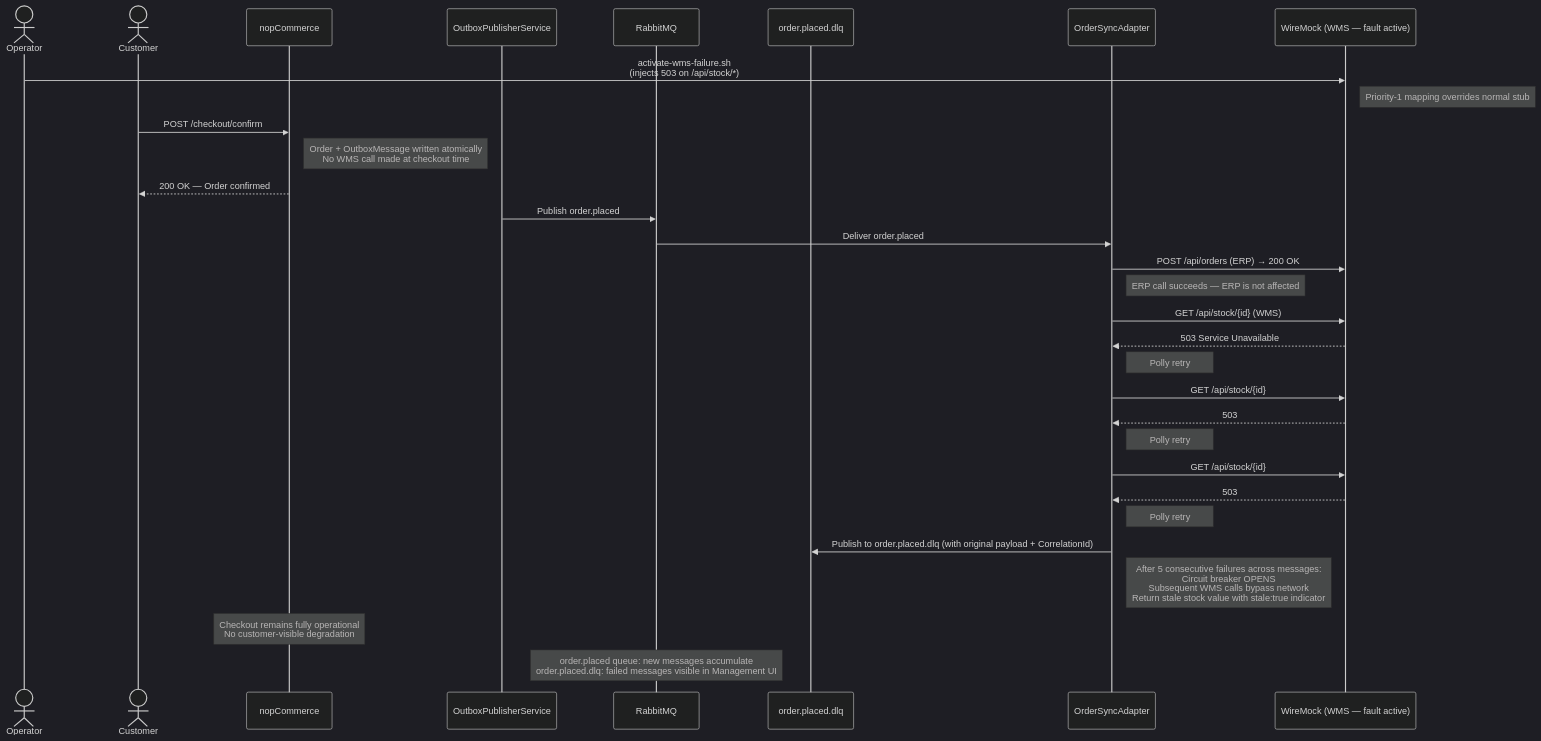
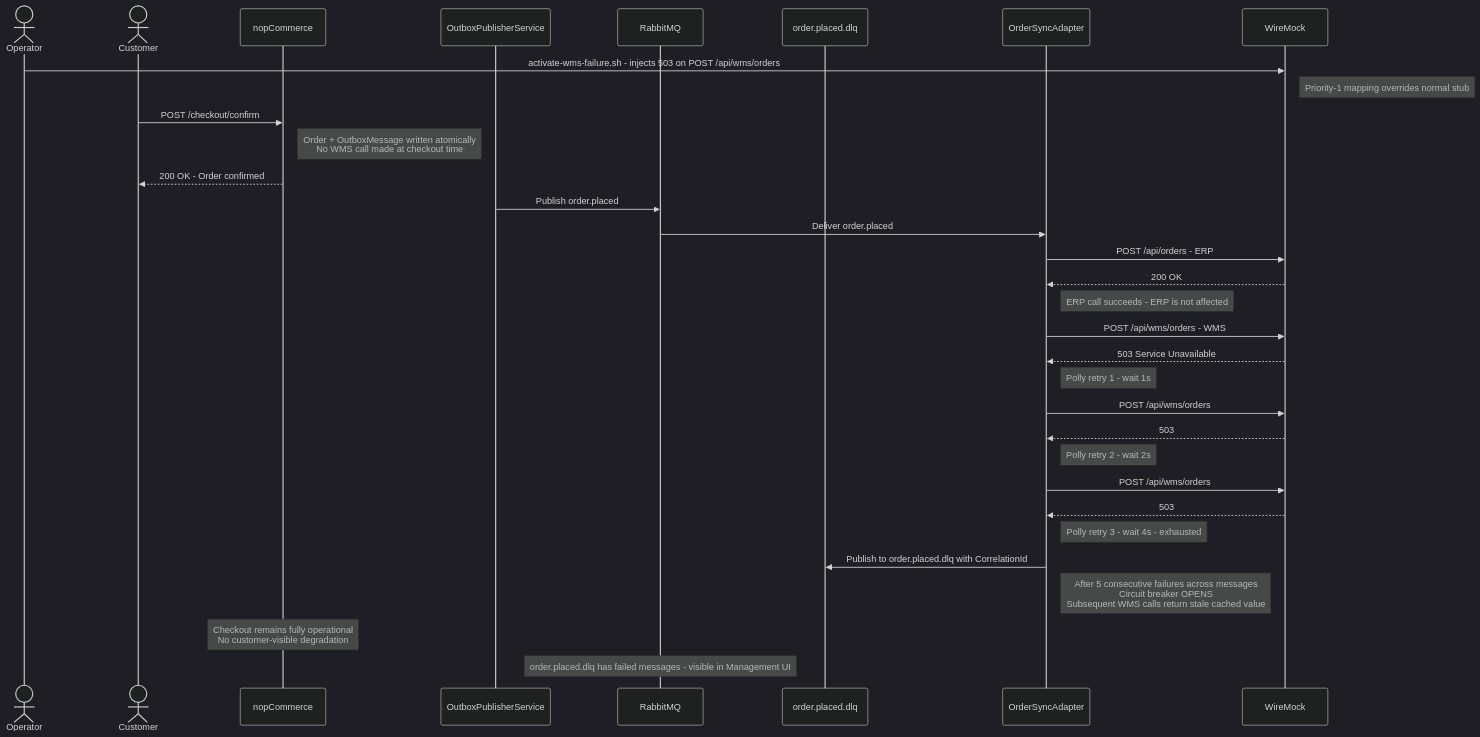
One commit to Assignment2-AS/nopCommerce-Omnichannel-Core changed the third of 4 diagrams in docs/runtime-interaction-diagrams.md. Above: the diagram before and after it, drawn with Mermaid (dark theme). The commit also changed other lines of this file and 3 other files, not shown here.

Commit message:
docs: update architecture docs to reflect implemented architecture

````diff
--- a/docs/runtime-interaction-diagrams.md
+++ b/docs/runtime-interaction-diagrams.md
@@ -50,43 +79,44 @@
 ```mermaid
 sequenceDiagram
     actor Operator
     actor Customer
     participant nopCommerce
     participant OutboxSvc as OutboxPublisherService
     participant RabbitMQ
     participant DLQ as order.placed.dlq
     participant OrderSync as OrderSyncAdapter
-    participant WireMock as WireMock (WMS — fault active)
+    participant WireMock
 
-    Operator->>WireMock: activate-wms-failure.sh<br/>(injects 503 on /api/stock/*)
+    Operator->>WireMock: activate-wms-failure.sh - injects 503 on POST /api/wms/orders
     note right of WireMock: Priority-1 mapping overrides normal stub
 
     Customer->>nopCommerce: POST /checkout/confirm
     note right of nopCommerce: Order + OutboxMessage written atomically<br/>No WMS call made at checkout time
-    nopCommerce-->>Customer: 200 OK — Order confirmed
+    nopCommerce-->>Customer: 200 OK - Order confirmed
 
     OutboxSvc->>RabbitMQ: Publish order.placed
 
     RabbitMQ->>OrderSync: Deliver order.placed
 
-    OrderSync->>WireMock: POST /api/orders (ERP) → 200 OK
-    note right of OrderSync: ERP call succeeds — ERP is not affected
+    OrderSync->>WireMock: POST /api/orders - ERP
+    WireMock-->>OrderSync: 200 OK
+    note right of OrderSync: ERP call succeeds - ERP is not affected
 
-    OrderSync->>WireMock: GET /api/stock/{id} (WMS)
+    OrderSync->>WireMock: POST /api/wms/orders - WMS
     WireMock-->>OrderSync: 503 Service Unavailable
 
-    note right of OrderSync: Polly retry #1 — wait 1s
-    OrderSync->>WireMock: GET /api/stock/{id}
+    note right of OrderSync: Polly retry 1 - wait 1s
+    OrderSync->>WireMock: POST /api/wms/orders
     WireMock-->>OrderSync: 503
 
-    note right of OrderSync: Polly retry #2 — wait 2s
-    OrderSync->>WireMock: GET /api/stock/{id}
+    note right of OrderSync: Polly retry 2 - wait 2s
+    OrderSync->>WireMock: POST /api/wms/orders
     WireMock-->>OrderSync: 503
 
-    note right of OrderSync: Polly retry #3 — wait 4s — exhausted
-    OrderSync->>DLQ: Publish to order.placed.dlq (with original payload + CorrelationId)
-    note right of OrderSync: After 5 consecutive failures across messages:<br/>Circuit breaker OPENS<br/>Subsequent WMS calls bypass network<br/>Return stale stock value with stale:true indicator
+    note right of OrderSync: Polly retry 3 - wait 4s - exhausted
+    OrderSync->>DLQ: Publish to order.placed.dlq with CorrelationId
+    note right of OrderSync: After 5 consecutive failures across messages<br/>Circuit breaker OPENS<br/>Subsequent WMS calls return stale cached value
 
     note over nopCommerce: Checkout remains fully operational<br/>No customer-visible degradation
-    note over RabbitMQ: order.placed queue: new messages accumulate<br/>order.placed.dlq: failed messages visible in Management UI
+    note over RabbitMQ: order.placed.dlq has failed messages - visible in Management UI
 ```
````
